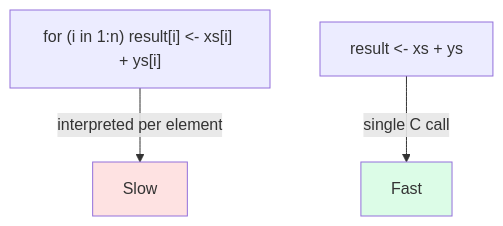
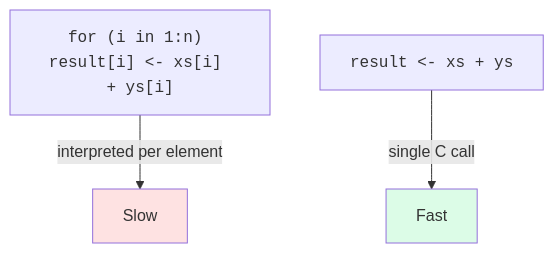
The second of 2 diagrams in content/learn/practical-r-for-beginners/vectorized-computation.mdx (dataslope/dataslope), drawn with Mermaid before and after one commit. The commit also changed other lines of this file and 218 other files, not shown here.

First line of the commit message:
Render code-only mermaid shapes in monospace; convert step sequences to Steps (#467)

````diff
--- a/content/learn/practical-r-for-beginners/vectorized-computation.mdx
+++ b/content/learn/practical-r-for-beginners/vectorized-computation.mdx
@@ -196,7 +196,7 @@
 ```mermaid
 flowchart TB
-  loop["for (i in 1:n) result[i] <- xs[i] + ys[i]"]:::code -->|interpreted per element| slow["Slow"]
-  vec["result <- xs + ys"]:::code -->|single C call| fast["Fast"]
+  loop["<code>for (i in 1:n) result[i] &lt;- xs[i] + ys[i]</code>"] -->|interpreted per element| slow["Slow"]
+  vec["<code>result &lt;- xs + ys</code>"] -->|single C call| fast["Fast"]
   style fast fill:#dcfce7
   style slow fill:#fee2e2
 ```
````
